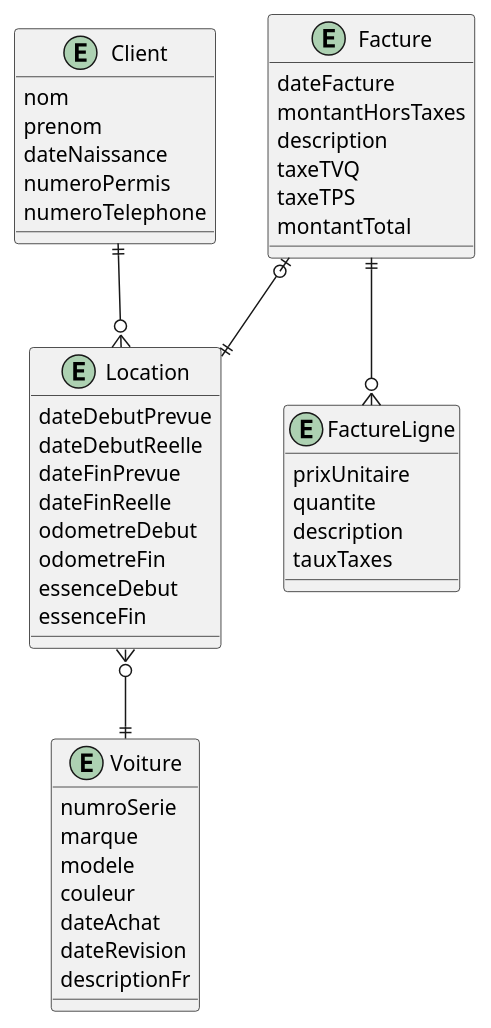
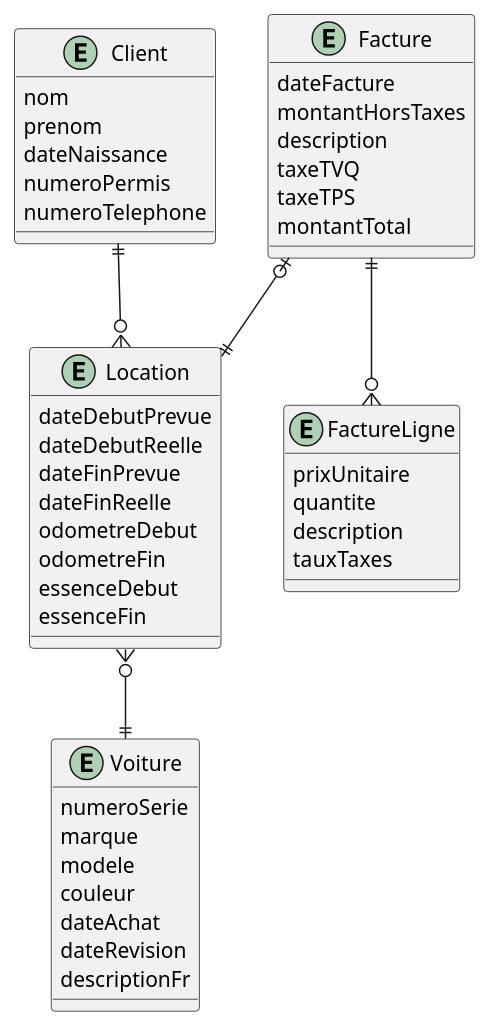
The diagram in ERD/car_reservation.wsd (rparadiscsfoy/420-W34-SF-TP02), drawn with PlantUML before and after one commit. The commit also changed 1 other file, not shown here.

```diff
--- a/ERD/car_reservation.wsd
+++ b/ERD/car_reservation.wsd
@@ -1,53 +1,53 @@
 @startuml erd_car_reservation_logique
 
 entity Voiture {
-    numroSerie
+    numeroSerie
     marque
     modele
     couleur
     dateAchat
     dateRevision
     descriptionFr
 }
 
 entity Location {
     dateDebutPrevue
     dateDebutReelle
     dateFinPrevue
     dateFinReelle
     odometreDebut
     odometreFin
     essenceDebut
     essenceFin
 }
 
 entity Client {
     nom
     prenom
     dateNaissance
     numeroPermis
     numeroTelephone
 }
 
 entity Facture {
     dateFacture
     montantHorsTaxes
     description
     taxeTVQ
     taxeTPS
     montantTotal
 }
 
 entity FactureLigne {
     prixUnitaire
     quantite
     description
     tauxTaxes
 }
 
 Client ||--o{ Location
 Location }o--|| Voiture
 Facture |o--|| Location
 Facture ||--o{ FactureLigne
 
 @enduml
```
